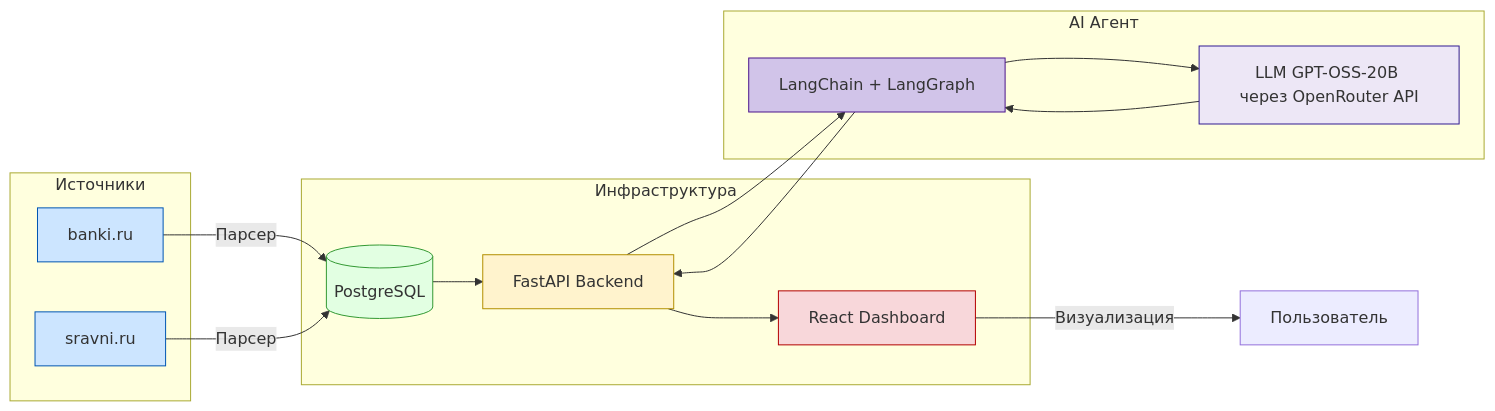
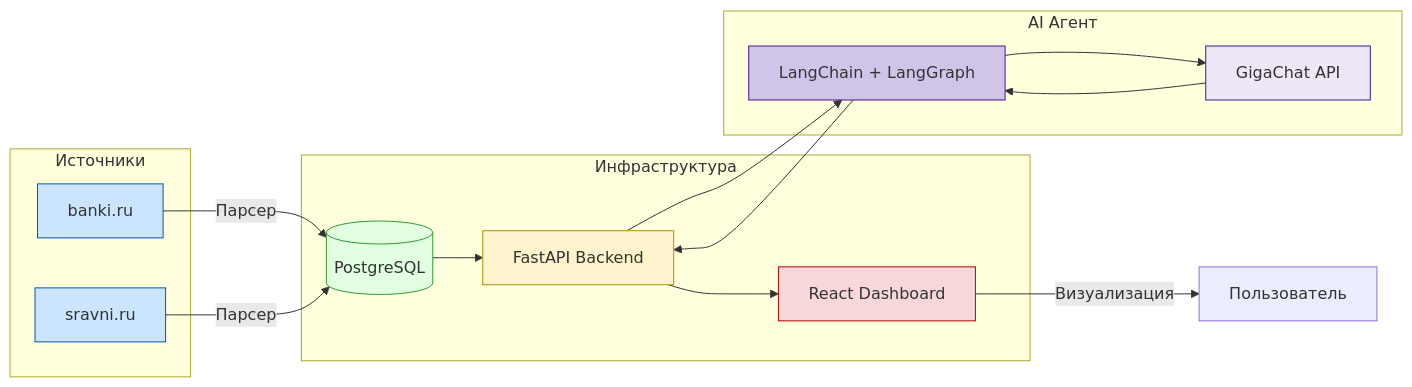
Before and after one commit to forthang/misis-lct_sat: the diagram in README.md, drawn with Mermaid. The commit also changed other lines of this file and 2 other files, not shown here.

Commit message:
feat: update branding to Dastats, fix GigaChat references, add metrics

````diff
--- a/README.md
+++ b/README.md
@@ -55,36 +55,36 @@
 ```mermaid
 graph LR
     subgraph Источники
         A1[banki.ru]:::source
         A2[sravni.ru]:::source
     end
 
     subgraph Инфраструктура
         B[(PostgreSQL)]:::db
         C[FastAPI Backend]:::backend
         D[React Dashboard]:::frontend
     end
 
     subgraph AI Агент
         E[LangChain + LangGraph]:::ai
-        F[LLM GPT-OSS-20B через OpenRouter API]:::model
+        F[GigaChat API]:::model
     end
 
     A1 -->|Парсер| B
     A2 -->|Парсер| B
 
     B --> C
     C --> D
     C --> E
     E --> F
     F --> E
     E --> C
     D -->|Визуализация| G[Пользователь]
 
     classDef source fill:#cce5ff,stroke:#0056b3,stroke-width:1px;
     classDef db fill:#e2ffe2,stroke:#339933,stroke-width:1px;
     classDef backend fill:#fff3cd,stroke:#b38f00,stroke-width:1px;
     classDef frontend fill:#f8d7da,stroke:#b30000,stroke-width:1px;
     classDef ai fill:#d1c4e9,stroke:#4a148c,stroke-width:1px;
     classDef model fill:#ede7f6,stroke:#311b92,stroke-width:1px;
 ```
````
